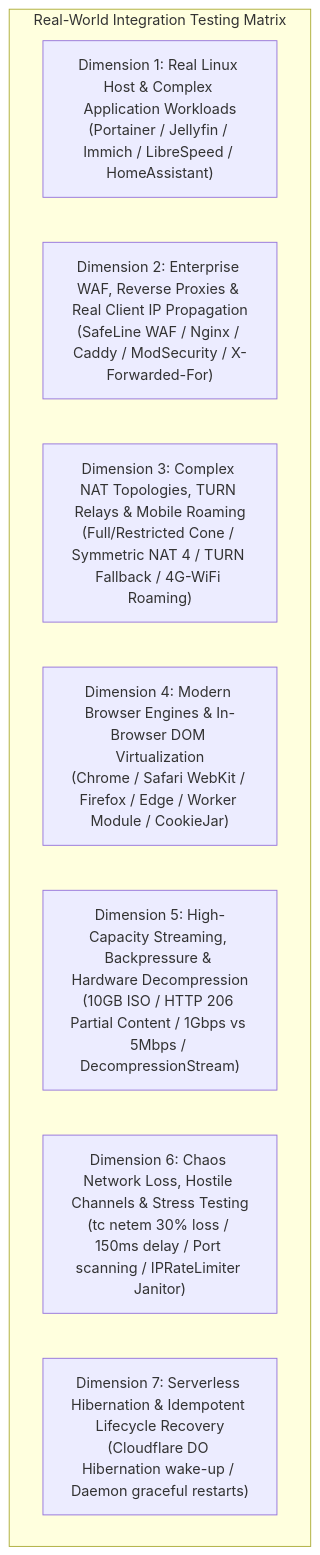
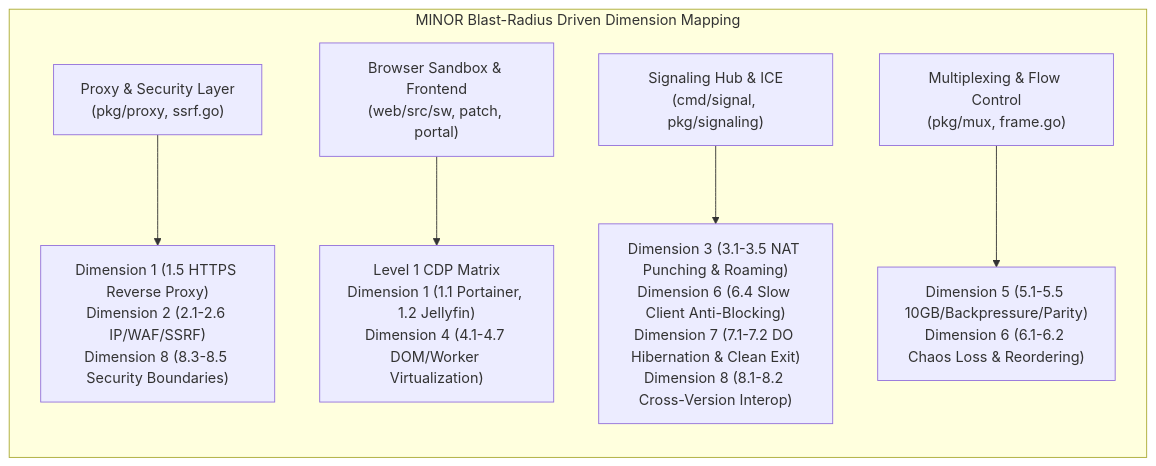
Before and after one commit to BeingNoAbility/WebRTC-Gateway: the second of 4 diagrams in docs/en/TESTING_CHECKLIST.md, drawn with Mermaid. The commit also changed other lines of this file and 13 other files, not shown here.

````diff
--- a/docs/en/TESTING_CHECKLIST.md
+++ b/docs/en/TESTING_CHECKLIST.md
@@ -11,12 +37,9 @@
 ```mermaid
-flowchart TD
-    subgraph E2E_Matrix["Real-World Integration Testing Matrix"]
-        D1["Dimension 1: Real Linux Host & Complex Application Workloads<br/>(Portainer / Jellyfin / Immich / LibreSpeed / HomeAssistant)"]
-        D2["Dimension 2: Enterprise WAF, Reverse Proxies & Real Client IP Propagation<br/>(SafeLine WAF / Nginx / Caddy / ModSecurity / X-Forwarded-For)"]
-        D3["Dimension 3: Complex NAT Topologies, TURN Relays & Mobile Roaming<br/>(Full/Restricted Cone / Symmetric NAT 4 / TURN Fallback / 4G-WiFi Roaming)"]
-        D4["Dimension 4: Modern Browser Engines & In-Browser DOM Virtualization<br/>(Chrome / Safari WebKit / Firefox / Edge / Worker Module / CookieJar)"]
-        D5["Dimension 5: High-Capacity Streaming, Backpressure & Hardware Decompression<br/>(10GB ISO / HTTP 206 Partial Content / 1Gbps vs 5Mbps / DecompressionStream)"]
-        D6["Dimension 6: Chaos Network Loss, Hostile Channels & Stress Testing<br/>(tc netem 30% loss / 150ms delay / Port scanning / IPRateLimiter Janitor)"]
-        D7["Dimension 7: Serverless Hibernation & Idempotent Lifecycle Recovery<br/>(Cloudflare DO Hibernation wake-up / Daemon graceful restarts)"]
+flowchart LR
+    subgraph Blast_Radius_Mapping["MINOR Blast-Radius Driven Dimension Mapping"]
+        C1["Proxy & Security Layer<br/>(pkg/proxy, ssrf.go)"] --> R1["Dimension 1 (1.5 HTTPS Reverse Proxy)<br/>Dimension 2 (2.1-2.6 IP/WAF/SSRF)<br/>Dimension 8 (8.3-8.5 Security Boundaries)"]
+        C2["Browser Sandbox & Frontend<br/>(web/src/sw, patch, portal)"] --> R2["Level 1 CDP Matrix<br/>Dimension 1 (1.1 Portainer, 1.2 Jellyfin)<br/>Dimension 4 (4.1-4.7 DOM/Worker Virtualization)"]
+        C3["Signaling Hub & ICE<br/>(cmd/signal, pkg/signaling)"] --> R3["Dimension 3 (3.1-3.5 NAT Punching & Roaming)<br/>Dimension 6 (6.4 Slow Client Anti-Blocking)<br/>Dimension 7 (7.1-7.2 DO Hibernation & Clean Exit)<br/>Dimension 8 (8.1-8.2 Cross-Version Interop)"]
+        C4["Multiplexing & Flow Control<br/>(pkg/mux, frame.go)"] --> R4["Dimension 5 (5.1-5.5 10GB/Backpressure/Parity)<br/>Dimension 6 (6.1-6.2 Chaos Loss & Reordering)"]
     end
 ```
````
